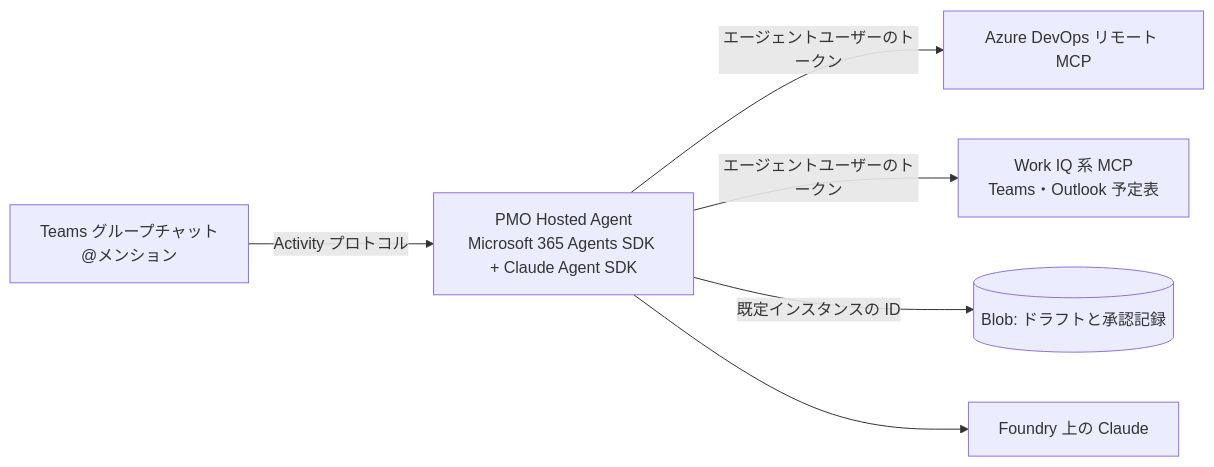
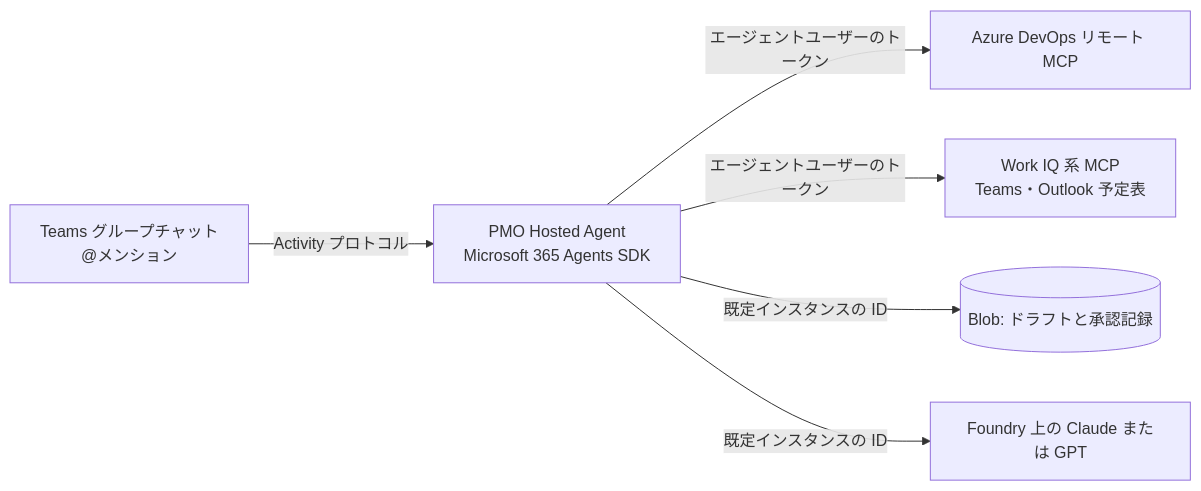
Before and after one commit to tniita/autopilot-pmo-agent: the diagram in README.md, drawn with Mermaid. The commit also changed other lines of this file and 19 other files, not shown here.

````diff
--- a/README.md
+++ b/README.md
@@ -11,8 +11,8 @@
 ```mermaid
 flowchart LR
-    U[Teams グループチャット<br/>@メンション] -->|Activity プロトコル| A[PMO Hosted Agent<br/>Microsoft 365 Agents SDK + Claude Agent SDK]
+    U[Teams グループチャット<br/>@メンション] -->|Activity プロトコル| A[PMO Hosted Agent<br/>Microsoft 365 Agents SDK]
     A -->|エージェントユーザーのトークン| D[Azure DevOps リモート MCP]
     A -->|エージェントユーザーのトークン| W[Work IQ 系 MCP<br/>Teams・Outlook 予定表]
     A -->|既定インスタンスの ID| B[(Blob: ドラフトと承認記録)]
-    A --> C[Foundry 上の Claude]
+    A -->|既定インスタンスの ID| C[Foundry 上の Claude または GPT]
 ```
````
